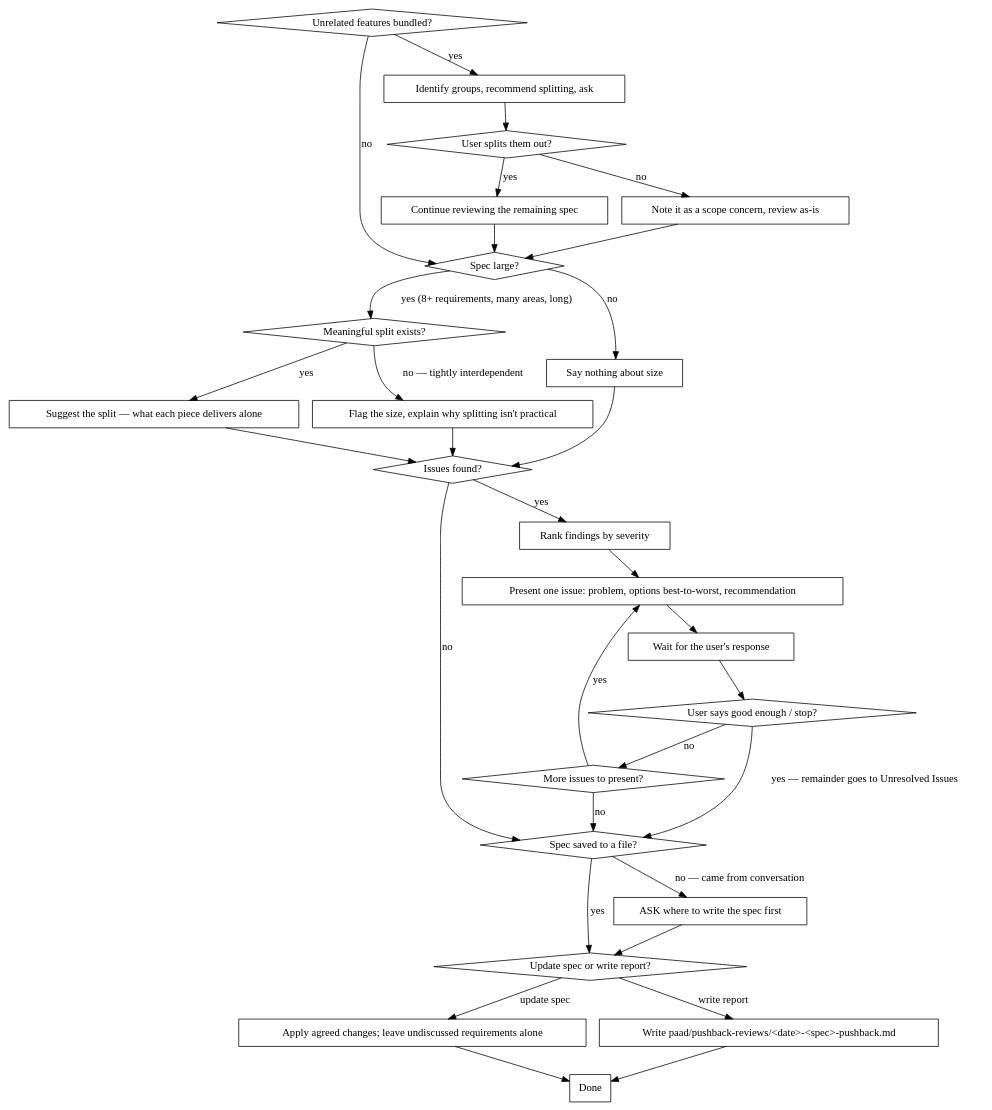
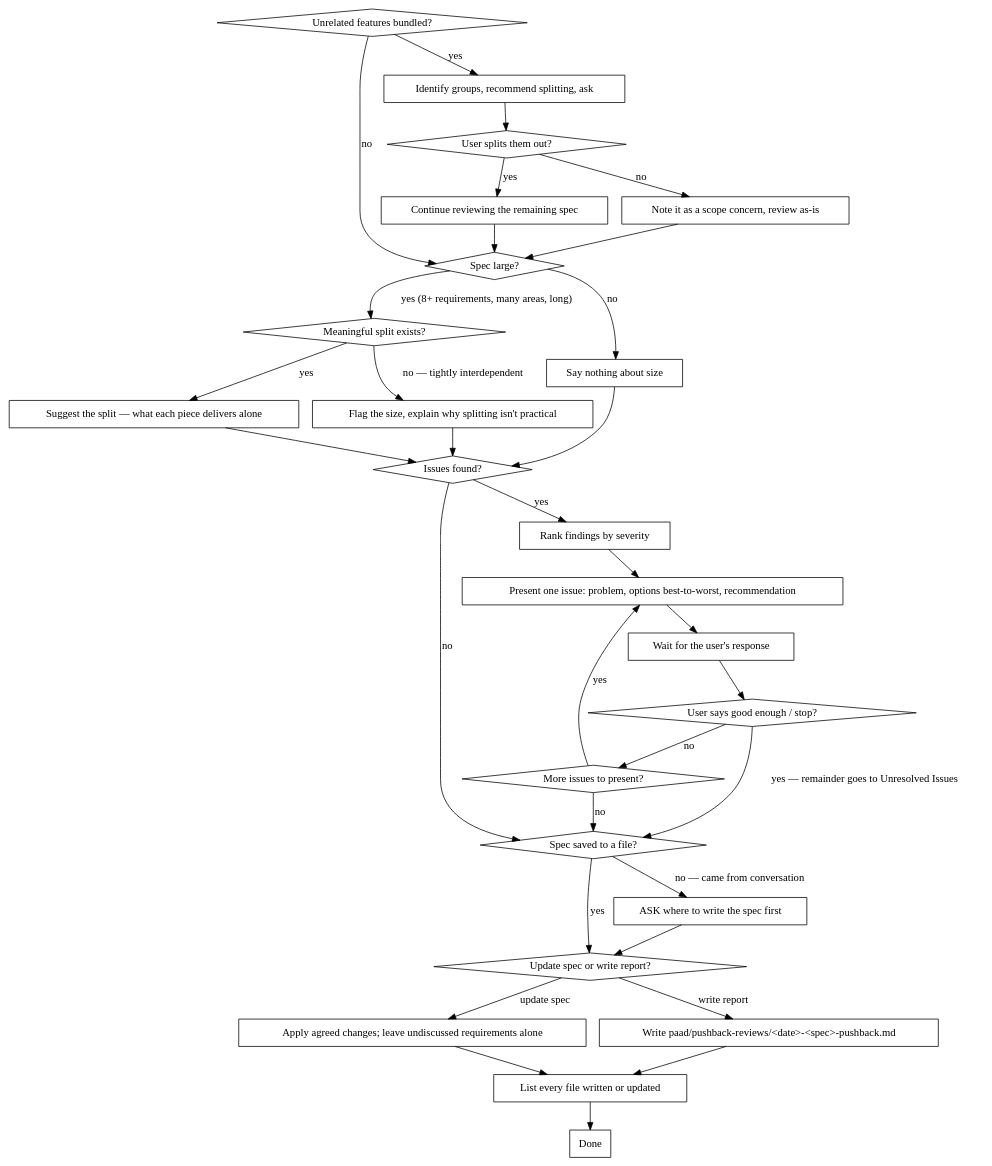
One commit to Ovid/paad changed the second of 2 diagrams in plugins/paad/skills/pushback/SKILL.md. Above: the diagram before and after it, drawn with Graphviz. The commit also changed other lines of this file and 19 other files, not shown here.

````diff
--- a/plugins/paad/skills/pushback/SKILL.md
+++ b/plugins/paad/skills/pushback/SKILL.md
@@ -53,61 +53,63 @@
 ```dot
 digraph scope_critique_resolution {
   "Unrelated features bundled?" [shape=diamond];
   "User splits them out?" [shape=diamond];
   "Spec large?" [shape=diamond];
   "Meaningful split exists?" [shape=diamond];
   "Issues found?" [shape=diamond];
   "User says good enough / stop?" [shape=diamond];
   "More issues to present?" [shape=diamond];
   "Update spec or write report?" [shape=diamond];
   "Spec saved to a file?" [shape=diamond];
 
   "Identify groups, recommend splitting, ask" [shape=box];
   "Continue reviewing the remaining spec" [shape=box];
   "Note it as a scope concern, review as-is" [shape=box];
   "Suggest the split — what each piece delivers alone" [shape=box];
   "Flag the size, explain why splitting isn't practical" [shape=box];
   "Say nothing about size" [shape=box];
   "Rank findings by severity" [shape=box];
   "Present one issue: problem, options best-to-worst, recommendation" [shape=box];
   "Wait for the user's response" [shape=box];
   "ASK where to write the spec first" [shape=box];
   "Apply agreed changes; leave undiscussed requirements alone" [shape=box];
   "Write paad/pushback-reviews/<date>-<spec>-pushback.md" [shape=box];
+  "List every file written or updated" [shape=box];
   "Done" [shape=box];
 
   "Unrelated features bundled?" -> "Identify groups, recommend splitting, ask" [label="yes"];
   "Unrelated features bundled?" -> "Spec large?" [label="no"];
   "Identify groups, recommend splitting, ask" -> "User splits them out?";
   "User splits them out?" -> "Continue reviewing the remaining spec" [label="yes"];
   "User splits them out?" -> "Note it as a scope concern, review as-is" [label="no"];
   "Continue reviewing the remaining spec" -> "Spec large?";
   "Note it as a scope concern, review as-is" -> "Spec large?";
 
   "Spec large?" -> "Meaningful split exists?" [label="yes (8+ requirements, many areas, long)"];
   "Spec large?" -> "Say nothing about size" [label="no"];
   "Meaningful split exists?" -> "Suggest the split — what each piece delivers alone" [label="yes"];
   "Meaningful split exists?" -> "Flag the size, explain why splitting isn't practical" [label="no — tightly interdependent"];
   "Suggest the split — what each piece delivers alone" -> "Issues found?";
   "Flag the size, explain why splitting isn't practical" -> "Issues found?";
   "Say nothing about size" -> "Issues found?";
 
   "Issues found?" -> "Rank findings by severity" [label="yes"];
   "Issues found?" -> "Spec saved to a file?" [label="no"];
   "Rank findings by severity" -> "Present one issue: problem, options best-to-worst, recommendation";
   "Present one issue: problem, options best-to-worst, recommendation" -> "Wait for the user's response";
   "Wait for the user's response" -> "User says good enough / stop?";
   "User says good enough / stop?" -> "Spec saved to a file?" [label="yes — remainder goes to Unresolved Issues"];
   "User says good enough / stop?" -> "More issues to present?" [label="no"];
   "More issues to present?" -> "Present one issue: problem, options best-to-worst, recommendation" [label="yes"];
   "More issues to present?" -> "Spec saved to a file?" [label="no"];
 
   "Spec saved to a file?" -> "Update spec or write report?" [label="yes"];
   "Spec saved to a file?" -> "ASK where to write the spec first" [label="no — came from conversation"];
   "ASK where to write the spec first" -> "Update spec or write report?";
   "Update spec or write report?" -> "Apply agreed changes; leave undiscussed requirements alone" [label="update spec"];
   "Update spec or write report?" -> "Write paad/pushback-reviews/<date>-<spec>-pushback.md" [label="write report"];
-  "Apply agreed changes; leave undiscussed requirements alone" -> "Done";
-  "Write paad/pushback-reviews/<date>-<spec>-pushback.md" -> "Done";
+  "Apply agreed changes; leave undiscussed requirements alone" -> "List every file written or updated";
+  "Write paad/pushback-reviews/<date>-<spec>-pushback.md" -> "List every file written or updated";
+  "List every file written or updated" -> "Done";
 }
 ```
````
